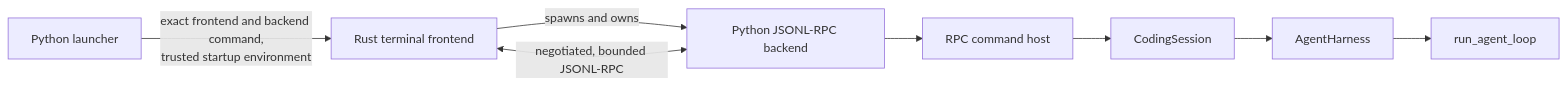
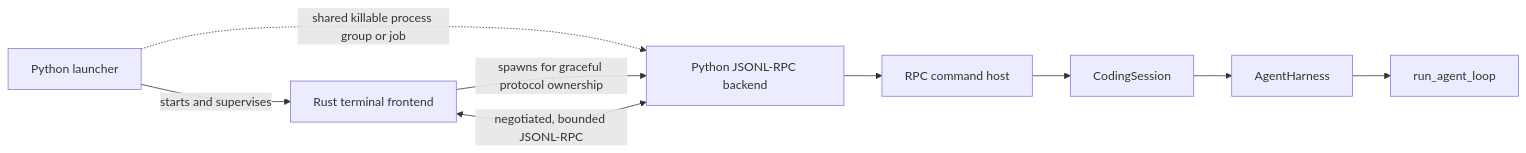
One commit to whanyu1212/Wisp changed the second of 2 diagrams in site/architecture/rust-tui-boundary.md. Above: the diagram before and after it, drawn with Mermaid. The commit also changed other lines of this file and 1 other file, not shown here.

Commit message:
Require external supervision for Rust TUI backend

````diff
--- a/site/architecture/rust-tui-boundary.md
+++ b/site/architecture/rust-tui-boundary.md
@@ -63,10 +63,11 @@
 ```mermaid
 flowchart LR
-  Launcher[Python launcher] -->|exact frontend and backend command,<br/>trusted startup environment| Rust[Rust terminal frontend]
-  Rust -->|spawns and owns| Backend[Python JSONL-RPC backend]
+  Launcher[Python launcher] -->|starts and supervises| Rust[Rust terminal frontend]
+  Launcher -.->|shared killable process group or job| Backend[Python JSONL-RPC backend]
+  Rust -->|spawns for graceful protocol ownership| Backend
   Rust <-->|negotiated, bounded JSONL-RPC| Backend
   Backend --> Host[RPC command host]
   Host --> Session[CodingSession]
   Session --> Harness[AgentHarness]
   Harness --> Loop[run_agent_loop]
 ```
````
